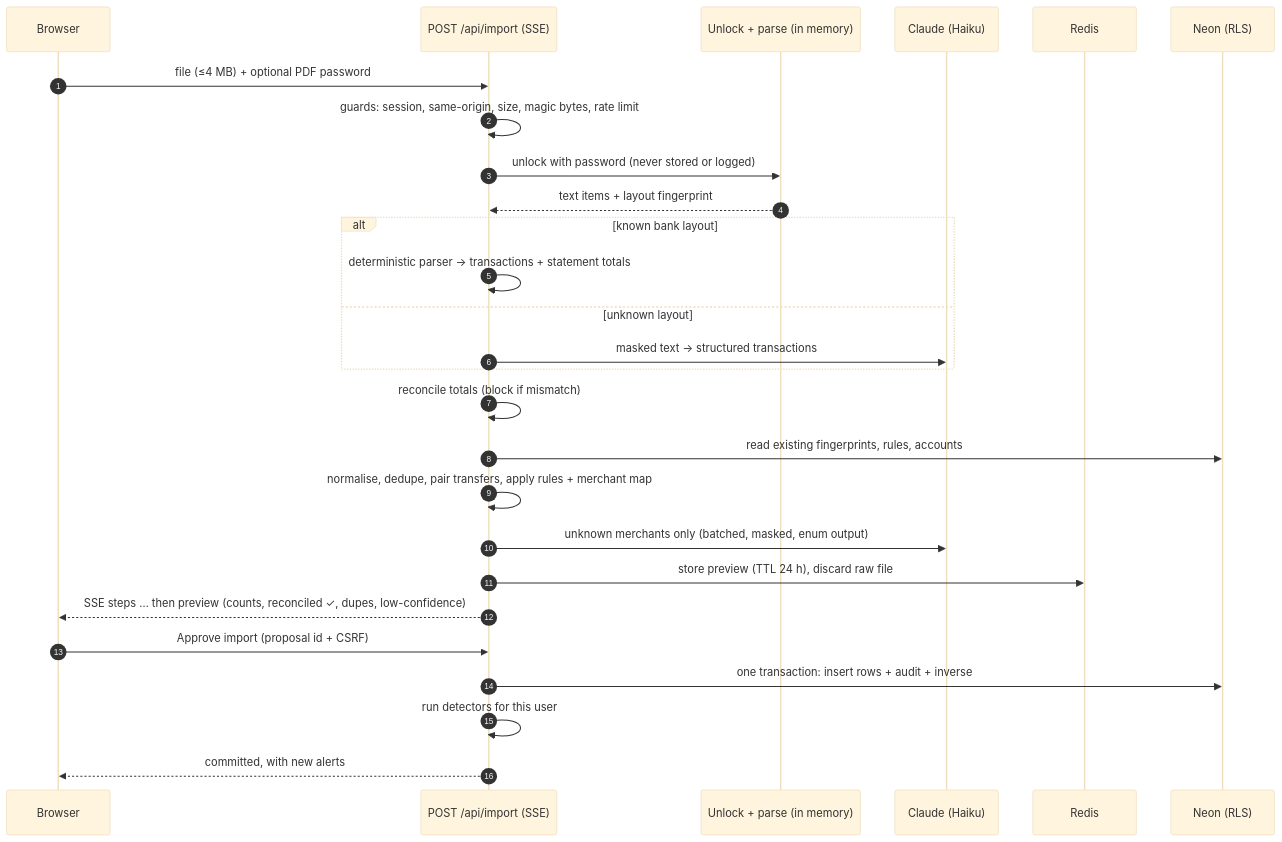
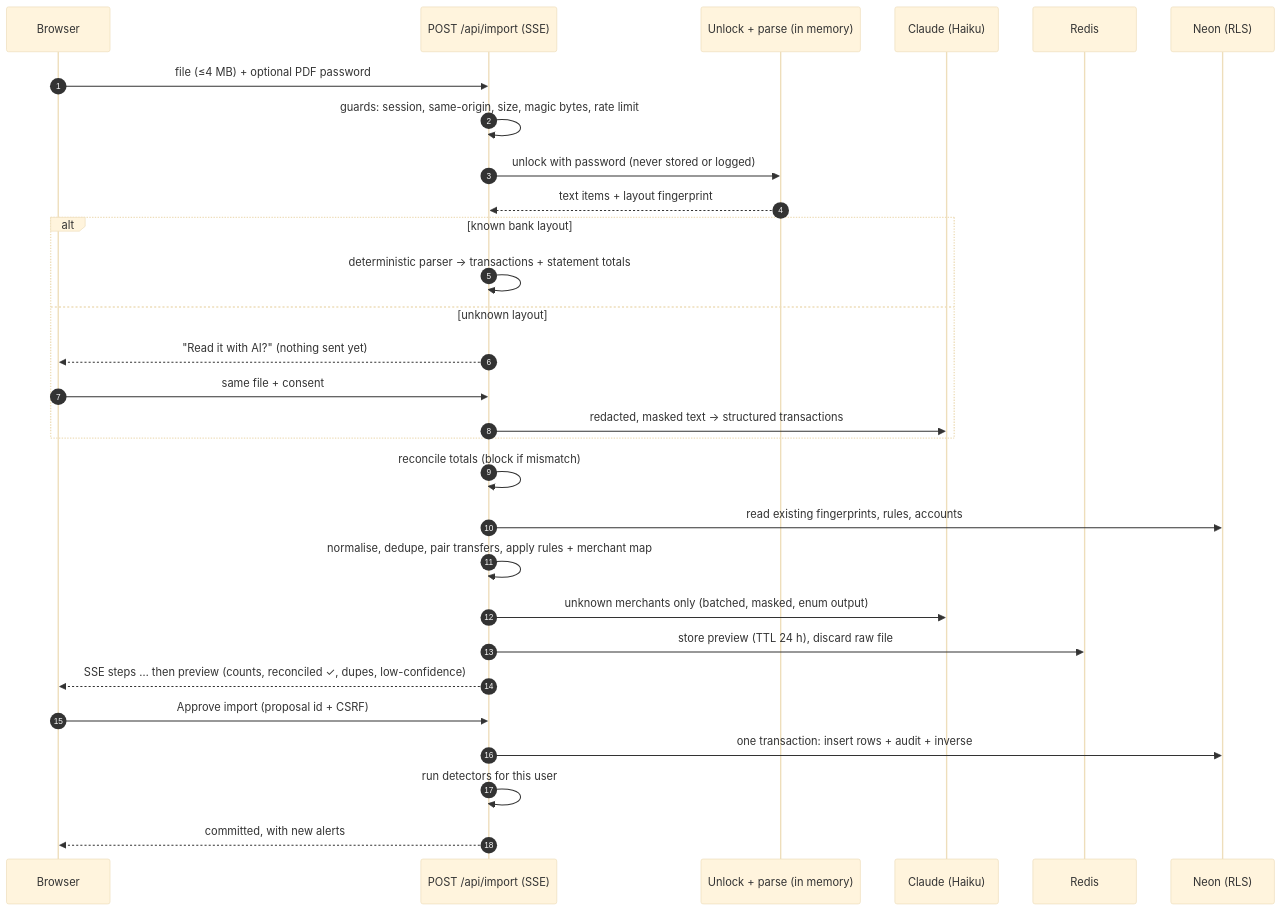
Before and after one commit to tmiharja/personal-finance-agent: the second of 6 diagrams in docs/architecture.md, drawn with Mermaid (base theme). The commit also changed other lines of this file and 8 other files, not shown here.

````diff
--- a/docs/architecture.md
+++ b/docs/architecture.md
@@ -96,30 +96,32 @@
 ```mermaid
 sequenceDiagram
   autonumber
   participant U as Browser
   participant API as POST /api/import (SSE)
   participant PDF as Unlock + parse (in memory)
   participant LLM as Claude (Haiku)
   participant R as Redis
   participant DB as Neon (RLS)
 
   U->>API: file (≤4 MB) + optional PDF password
   API->>API: guards: session, same-origin, size, magic bytes, rate limit
   API->>PDF: unlock with password (never stored or logged)
   PDF-->>API: text items + layout fingerprint
   alt known bank layout
     API->>API: deterministic parser → transactions + statement totals
   else unknown layout
-    API->>LLM: masked text → structured transactions
+    API-->>U: "Read it with AI?" (nothing sent yet)
+    U->>API: same file + consent
+    API->>LLM: redacted, masked text → structured transactions
   end
   API->>API: reconcile totals (block if mismatch)
   API->>DB: read existing fingerprints, rules, accounts
   API->>API: normalise, dedupe, pair transfers, apply rules + merchant map
   API->>LLM: unknown merchants only (batched, masked, enum output)
   API->>R: store preview (TTL 24 h), discard raw file
   API-->>U: SSE steps … then preview (counts, reconciled ✓, dupes, low-confidence)
   U->>API: Approve import (proposal id + CSRF)
   API->>DB: one transaction: insert rows + audit + inverse
   API->>API: run detectors for this user
   API-->>U: committed, with new alerts
 ```
````
